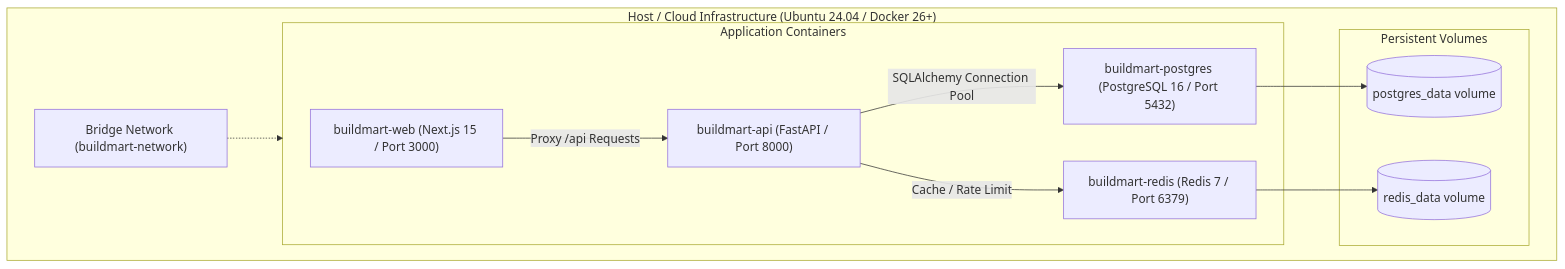
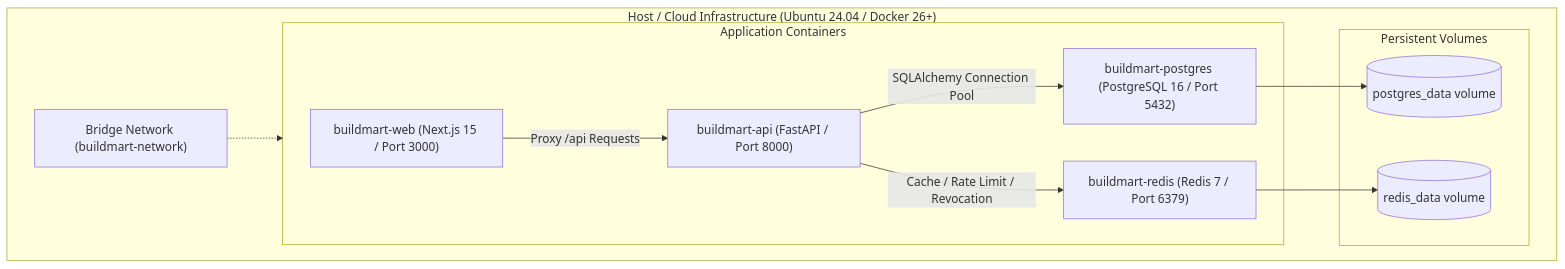
The diagram in docs/wiki/Deployment-and-Operations.md (KatkamKoushik/BuildMart), drawn with Mermaid before and after one commit. The commit also changed other lines of this file and 55 other files, not shown here.

````diff
--- a/docs/wiki/Deployment-and-Operations.md
+++ b/docs/wiki/Deployment-and-Operations.md
@@ -17,25 +19,25 @@
 ```mermaid
 flowchart TD
     subgraph Host["Host / Cloud Infrastructure (Ubuntu 24.04 / Docker 26+)"]
         DockerNetwork["Bridge Network (buildmart-network)"]
 
         subgraph Containers["Application Containers"]
             WebContainer["buildmart-web (Next.js 15 / Port 3000)"]
             ApiContainer["buildmart-api (FastAPI / Port 8000)"]
             PostgresContainer["buildmart-postgres (PostgreSQL 16 / Port 5432)"]
             RedisContainer["buildmart-redis (Redis 7 / Port 6379)"]
         end
 
         subgraph Volumes["Persistent Volumes"]
             PostgresData[("postgres_data volume")]
             RedisData[("redis_data volume")]
         end
     end
 
     WebContainer -->|Proxy /api Requests| ApiContainer
     ApiContainer -->|SQLAlchemy Connection Pool| PostgresContainer
-    ApiContainer -->|Cache / Rate Limit| RedisContainer
+    ApiContainer -->|Cache / Rate Limit / Revocation| RedisContainer
     PostgresContainer --> PostgresData
     RedisContainer --> RedisData
     DockerNetwork -.-> Containers
 ```
````
